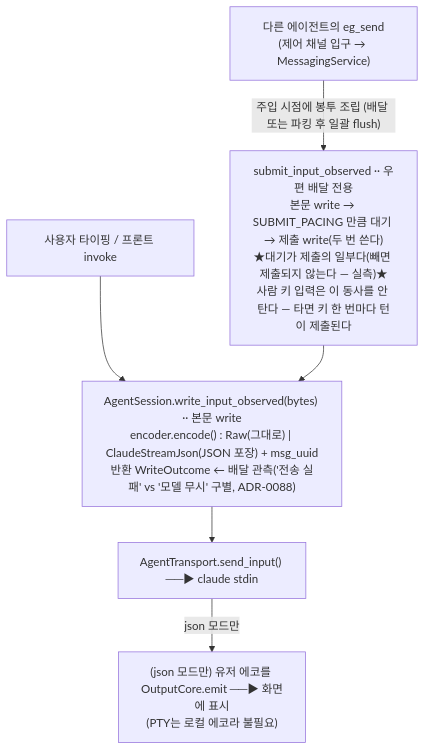
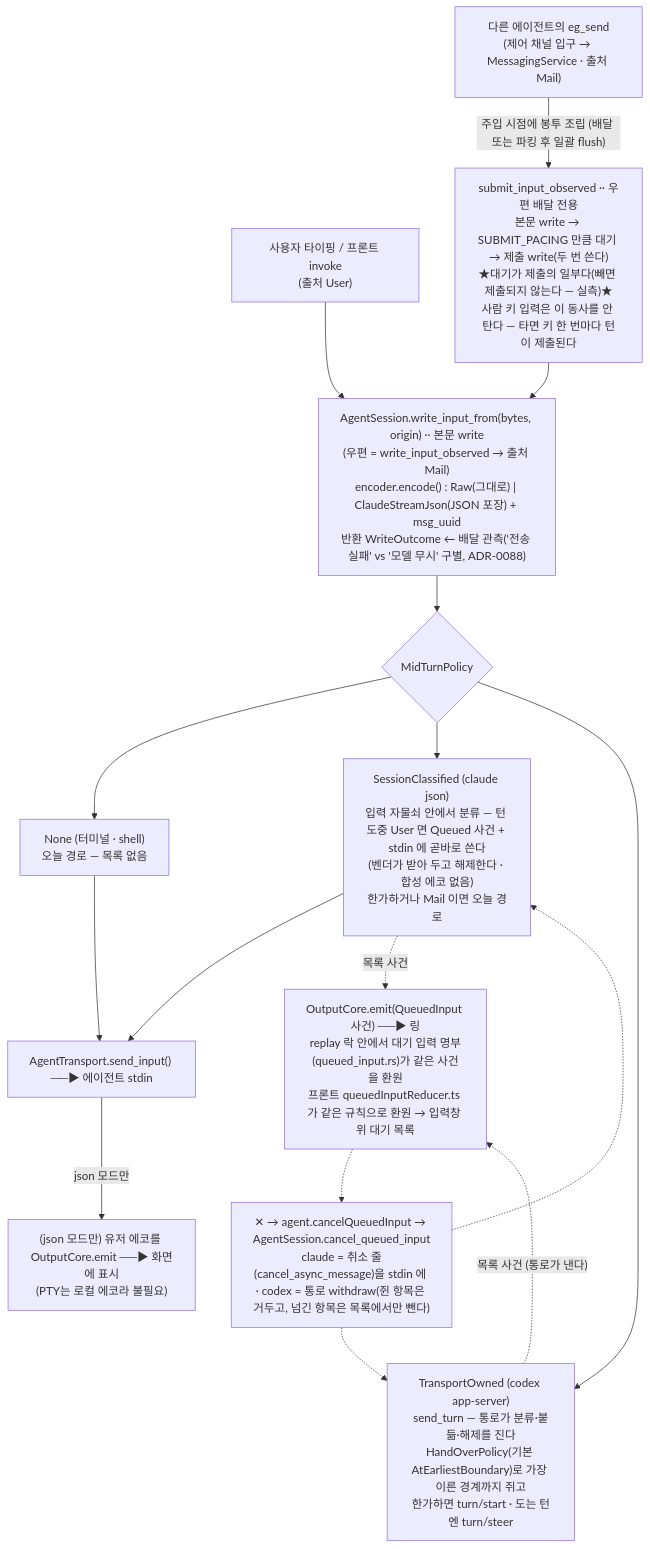
Before and after one commit to kimsunzun/engram-dashboard: the sixth of 20 diagrams in docs/reference/architecture-overview.md, drawn with Mermaid. The commit also changed other lines of this file and 18 other files, not shown here.

Commit message:
S21: docs(midturn): WIP P6 문서 — ADR-0233·0234 · CLAUDE.md 불변식 · 참조 문서 · 주석 절 참조(리뷰 전 스냅숏)

````diff
--- a/docs/reference/architecture-overview.md
+++ b/docs/reference/architecture-overview.md
@@ -263,15 +263,30 @@
 ```mermaid
 flowchart TD
-  IN1["사용자 타이핑 / 프론트 invoke"]
-  IN2["다른 에이전트의 eg_send<br/>(제어 채널 입구 → MessagingService)"]
-  WI["AgentSession.write_input_observed(bytes) ·· 본문 write<br/>encoder.encode() : Raw(그대로) | ClaudeStreamJson(JSON 포장) + msg_uuid<br/>반환 WriteOutcome ← 배달 관측('전송 실패' vs '모델 무시' 구별, ADR-0088)"]
+  IN1["사용자 타이핑 / 프론트 invoke<br/>(출처 User)"]
+  IN2["다른 에이전트의 eg_send<br/>(제어 채널 입구 → MessagingService · 출처 Mail)"]
+  WI["AgentSession.write_input_from(bytes, origin) ·· 본문 write<br/>(우편 = write_input_observed → 출처 Mail)<br/>encoder.encode() : Raw(그대로) | ClaudeStreamJson(JSON 포장) + msg_uuid<br/>반환 WriteOutcome ← 배달 관측('전송 실패' vs '모델 무시' 구별, ADR-0088)"]
   SUBMIT["submit_input_observed ·· 우편 배달 전용<br/>본문 write → SUBMIT_PACING 만큼 대기 → 제출 write(두 번 쓴다)<br/>★대기가 제출의 일부다(빼면 제출되지 않는다 — 실측)★<br/>사람 키 입력은 이 동사를 안 탄다 — 타면 키 한 번마다 턴이 제출된다"]
-  SI["AgentTransport.send_input() ──▶ claude stdin"]
+  POL{"MidTurnPolicy"}
+  NONE["None (터미널 · shell)<br/>오늘 경로 — 목록 없음"]
+  SC["SessionClassified (claude json)<br/>입력 자물쇠 안에서 분류 — 턴 도중 User 면 Queued 사건 + stdin 에 곧바로 쓴다<br/>(벤더가 받아 두고 해제한다 · 합성 에코 없음)<br/>한가하거나 Mail 이면 오늘 경로"]
+  TO["TransportOwned (codex app-server)<br/>send_turn — 통로가 분류·붙듦·해제를 진다<br/>HandOverPolicy(기본 AtEarliestBoundary)로 가장 이른 경계까지 쥐고<br/>한가하면 turn/start · 도는 턴엔 turn/steer"]
+  SI["AgentTransport.send_input() ──▶ 에이전트 stdin"]
   ECHO["(json 모드만) 유저 에코를 OutputCore.emit ──▶ 화면에 표시<br/>(PTY는 로컬 에코라 불필요)"]
+  RING["OutputCore.emit(QueuedInput 사건) ──▶ 링<br/>replay 락 안에서 대기 입력 명부(queued_input.rs)가 같은 사건을 환원<br/>프론트 queuedInputReducer.ts 가 같은 규칙으로 환원 → 입력창 위 대기 목록"]
+  X["✕ → agent.cancelQueuedInput → AgentSession.cancel_queued_input<br/>claude = 취소 줄(cancel_async_message)을 stdin 에 · codex = 통로 withdraw(쥔 항목은 거두고, 넘긴 항목은 목록에서만 뺀다)"]
 
   IN1 --> WI
   IN2 -->|"주입 시점에 봉투 조립 (배달 또는 파킹 후 일괄 flush)"| SUBMIT
   SUBMIT --> WI
-  WI --> SI
+  WI --> POL
+  POL --> NONE --> SI
+  POL --> SC
+  SC --> SI
+  SC -.->|"목록 사건"| RING
+  POL --> TO
+  TO -.->|"목록 사건 (통로가 낸다)"| RING
   SI -->|"json 모드만"| ECHO
+  RING -.-> X
+  X -.-> SC
+  X -.-> TO
 ```
````
